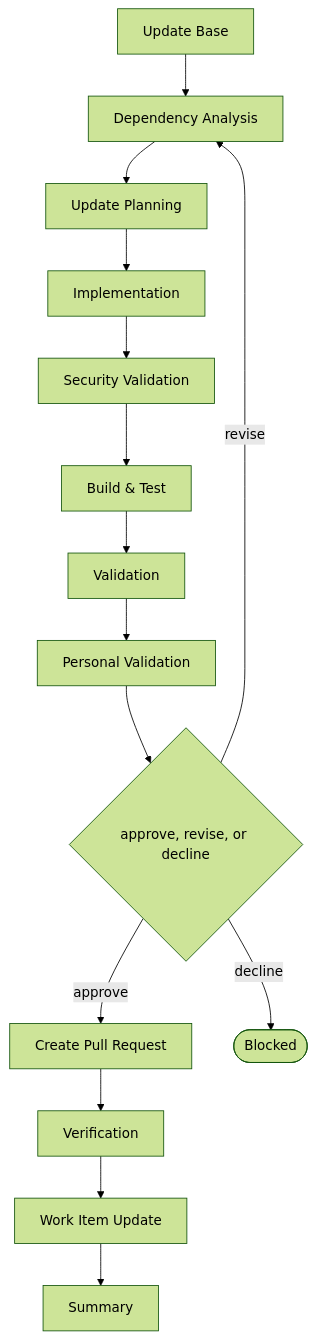
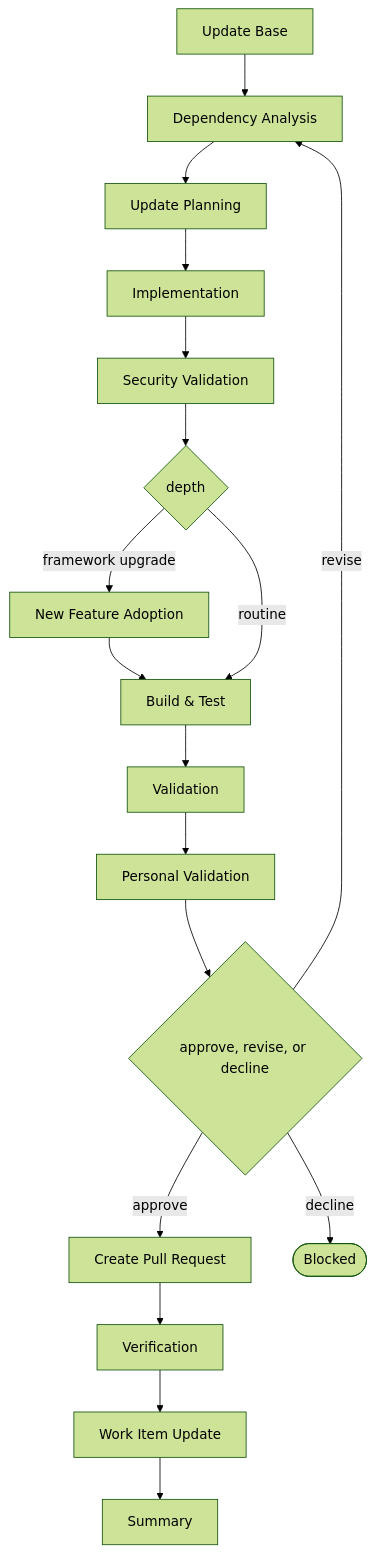
The diagram in .devbook/domain/delivery/flow.flow-update-packages.md (JSdotNet/devbook), drawn with Mermaid (forest theme) before and after one commit. The commit also changed other lines of this file and 17 other files, not shown here.

First line of the commit message:
Fold flow-aspire-update into flow-update-packages

````diff
--- a/.devbook/domain/delivery/flow.flow-update-packages.md
+++ b/.devbook/domain/delivery/flow.flow-update-packages.md
@@ -14,30 +14,34 @@
 ```mermaid
 flowchart TD
     base["Update Base"]
     s0["Dependency Analysis"]
     s1["Update Planning"]
     s2["Implementation"]
     s3["Security Validation"]
+    d{"depth"}
+    s4["New Feature Adoption"]
     c0["Build & Test"]
     c1["Validation"]
     c2["Personal Validation"]
 
     base --> s0
     s0 --> s1
     s1 --> s2
     s2 --> s3
-    s3 --> c0
+    s3 --> d
+    d -->|framework upgrade| s4 --> c0
+    d -->|routine| c0
     c0 --> c1
     c1 --> c2
     c2 --> g{"approve, revise, or decline"}
     t0["Create Pull Request"]
     t1["Verification"]
     t2["Work Item Update"]
     t3["Summary"]
     g -->|approve| t0
     t0 --> t1
     t1 --> t2
     t2 --> t3
     g -->|revise| s0
     g -->|decline| blocked(["Blocked"])
 ```
````
